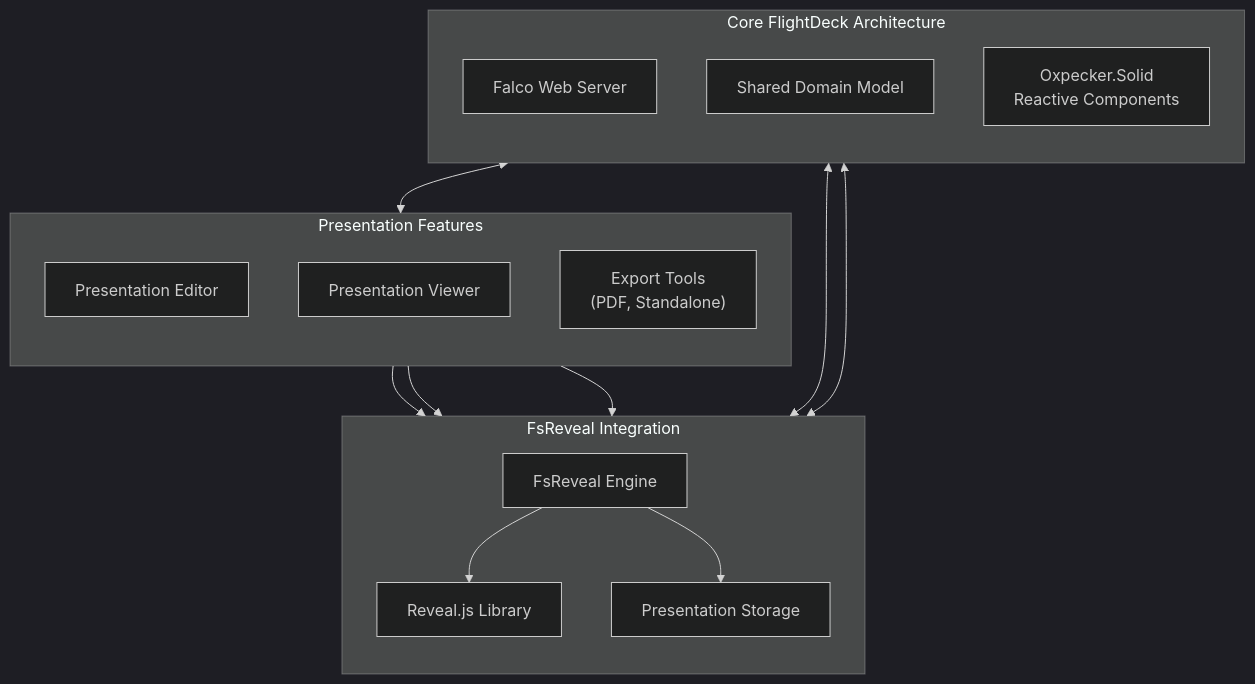
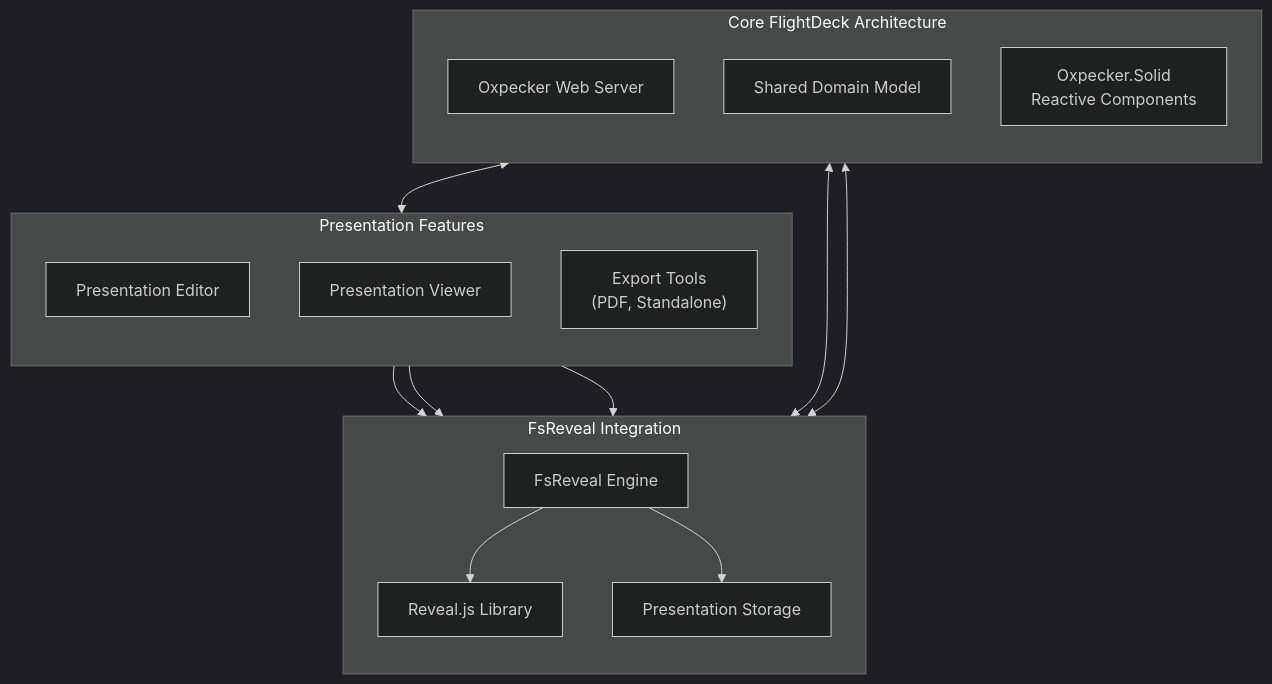
One commit to speakeztech/FlightDeck changed the first of 3 diagrams in docs/04 FsReveal Integration.md. Above: the diagram before and after it, drawn with Mermaid. The commit also changed other lines of this file and 12 other files, not shown here.

````diff
--- a/docs/04 FsReveal Integration.md
+++ b/docs/04 FsReveal Integration.md
@@ -11,35 +11,35 @@
 ```mermaid
 %%{init: {'theme': 'dark'}}%%
 flowchart TB
     subgraph Core["Core FlightDeck Architecture"]
         direction TB
-        Falco["Falco Web Server"]
+        Oxpecker["Oxpecker Web Server"]
         DomainModel["Shared Domain Model"]
         OxpeckerSolid["Oxpecker.Solid<br>Reactive Components"]
     end
     
     subgraph FsReveal["FsReveal Integration"]
         direction TB
         FsRevealEngine["FsReveal Engine"]
         RevealJs["Reveal.js Library"]
         PresentationStorage["Presentation Storage"]
         
         FsRevealEngine --> RevealJs
         FsRevealEngine --> PresentationStorage
     end
     
     subgraph Features["Presentation Features"]
         direction TB
         Editor["Presentation Editor"]
         Viewer["Presentation Viewer"]
         ExportTools["Export Tools<br>(PDF, Standalone)"]
         
         Editor --> FsRevealEngine
         Viewer --> FsRevealEngine
         ExportTools --> FsRevealEngine
     end
     
     DomainModel <--> FsRevealEngine
-    Falco <--> FsRevealEngine
+    Oxpecker <--> FsRevealEngine
     OxpeckerSolid <--> Editor
 ```
````
